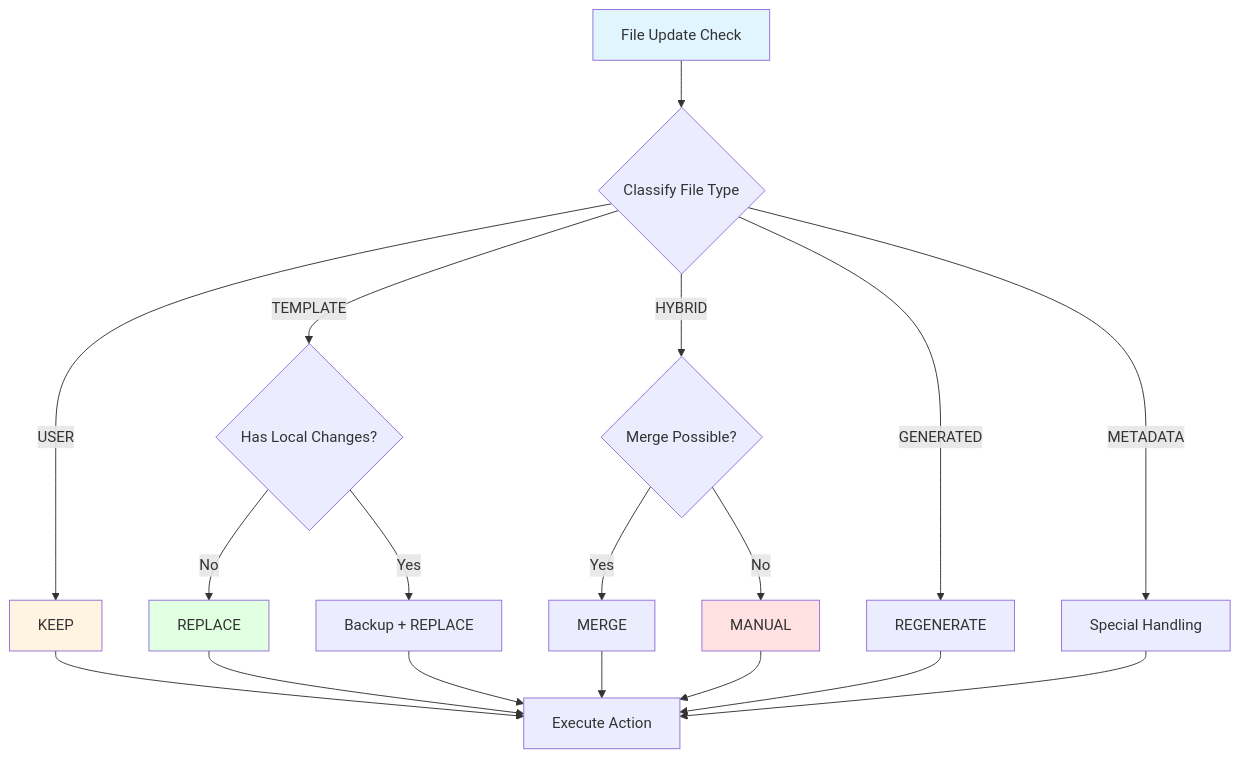
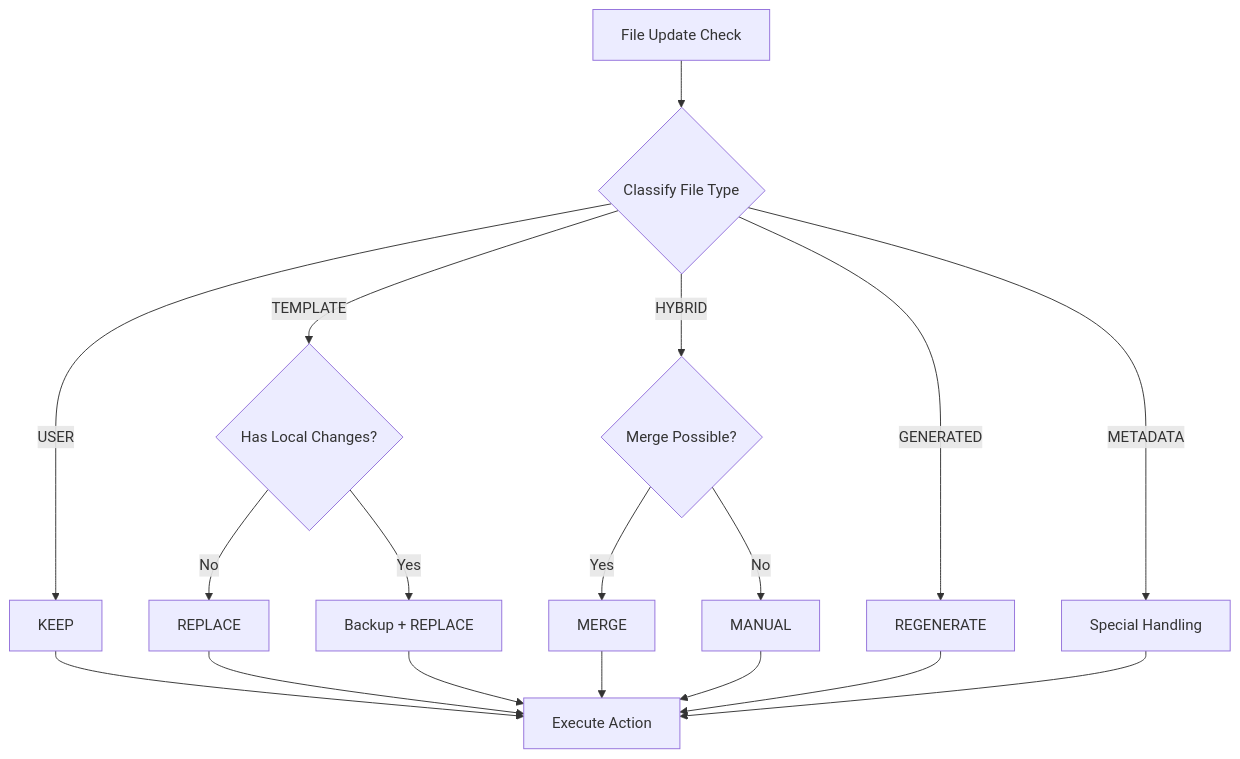
The fifth of 6 diagrams in docs/reference/api-reference.md (modu-ai/moai-adk), drawn with Mermaid before and after one commit. The commit also changed other lines of this file and 299 other files, not shown here.

First line of the commit message:
🎨 feat: Mermaid 다크/라이트 테마 대응 + trust-checker 통합

````diff
--- a/docs/reference/api-reference.md
+++ b/docs/reference/api-reference.md
@@ -1110,29 +1098,25 @@
 ```mermaid
 flowchart TD
     Start[File Update Check] --> Classify{Classify File Type}
 
     Classify -->|TEMPLATE| LocalChange{Has Local Changes?}
     Classify -->|USER| Keep[KEEP]
     Classify -->|HYBRID| Merge{Merge Possible?}
     Classify -->|GENERATED| Regen[REGENERATE]
     Classify -->|METADATA| Special[Special Handling]
 
     LocalChange -->|No| Replace[REPLACE]
     LocalChange -->|Yes| Backup1[Backup + REPLACE]
 
     Merge -->|Yes| MergeAction[MERGE]
     Merge -->|No| Manual[MANUAL]
 
     Keep --> End[Execute Action]
     Replace --> End
     Backup1 --> End
     MergeAction --> End
     Manual --> End
     Regen --> End
     Special --> End
 
-    style Start fill:#e1f5ff
-    style Replace fill:#e1ffe1
-    style Keep fill:#fff4e1
-    style Manual fill:#ffe1e1
 ```
````
